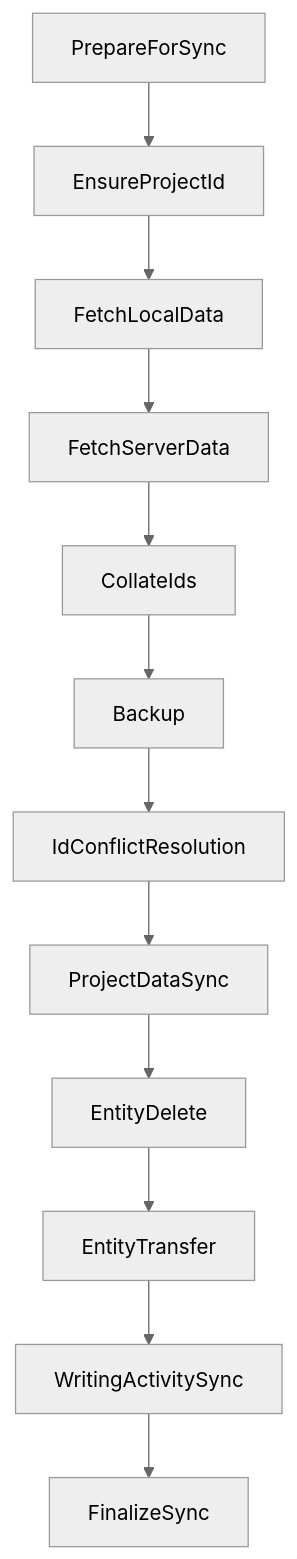
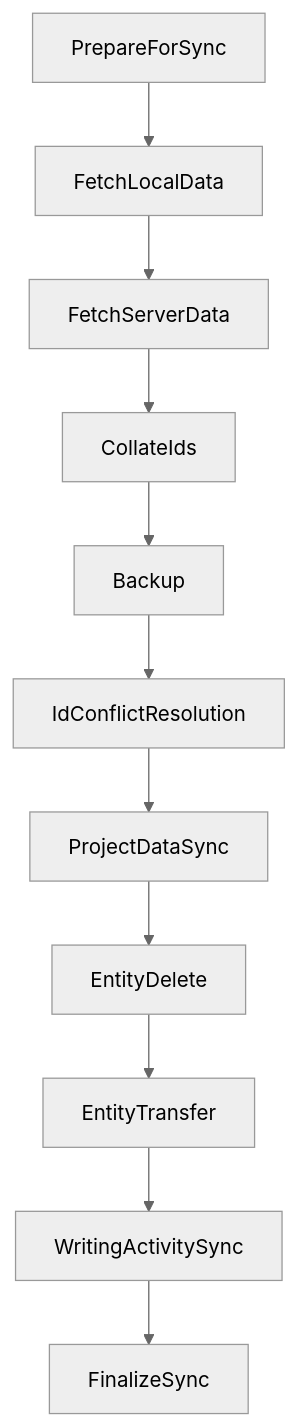
One commit to Darkrock-Studios/hammer-editor changed the tenth of 10 diagrams in docs/SYNCING-PROTOCOL.md. Above: the diagram before and after it, drawn with Mermaid (neutral theme). The commit also changed other lines of this file and 118 other files, not shown here.

````diff
--- a/docs/SYNCING-PROTOCOL.md
+++ b/docs/SYNCING-PROTOCOL.md
@@ -712,14 +749,13 @@
 ```mermaid
 flowchart TD
-    A[PrepareForSync] --> EP[EnsureProjectId]
-    EP --> B[FetchLocalData]
+    A[PrepareForSync] --> B[FetchLocalData]
     B --> C[FetchServerData]
     C --> D[CollateIds]
     D --> E[Backup]
     E --> F[IdConflictResolution]
     F --> P[ProjectDataSync]
     P --> G[EntityDelete]
     G --> H[EntityTransfer]
     H --> W[WritingActivitySync]
     W --> I[FinalizeSync]
 ```
````
